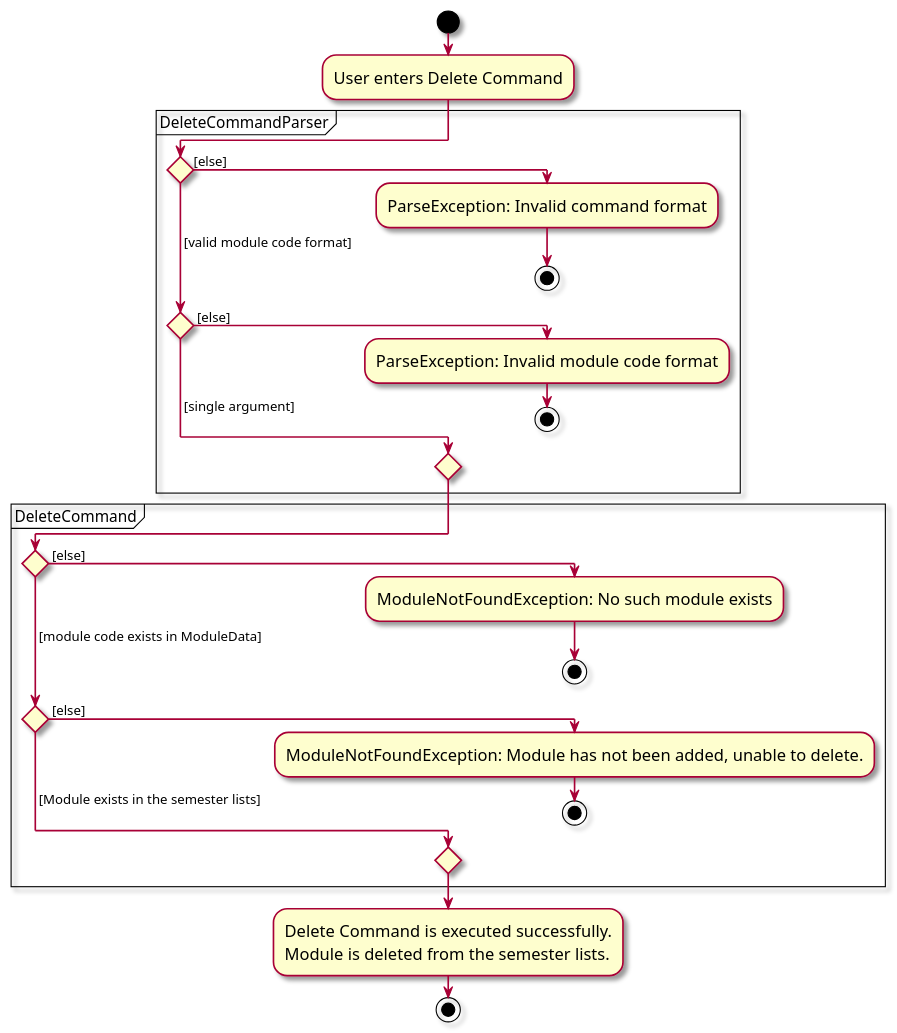
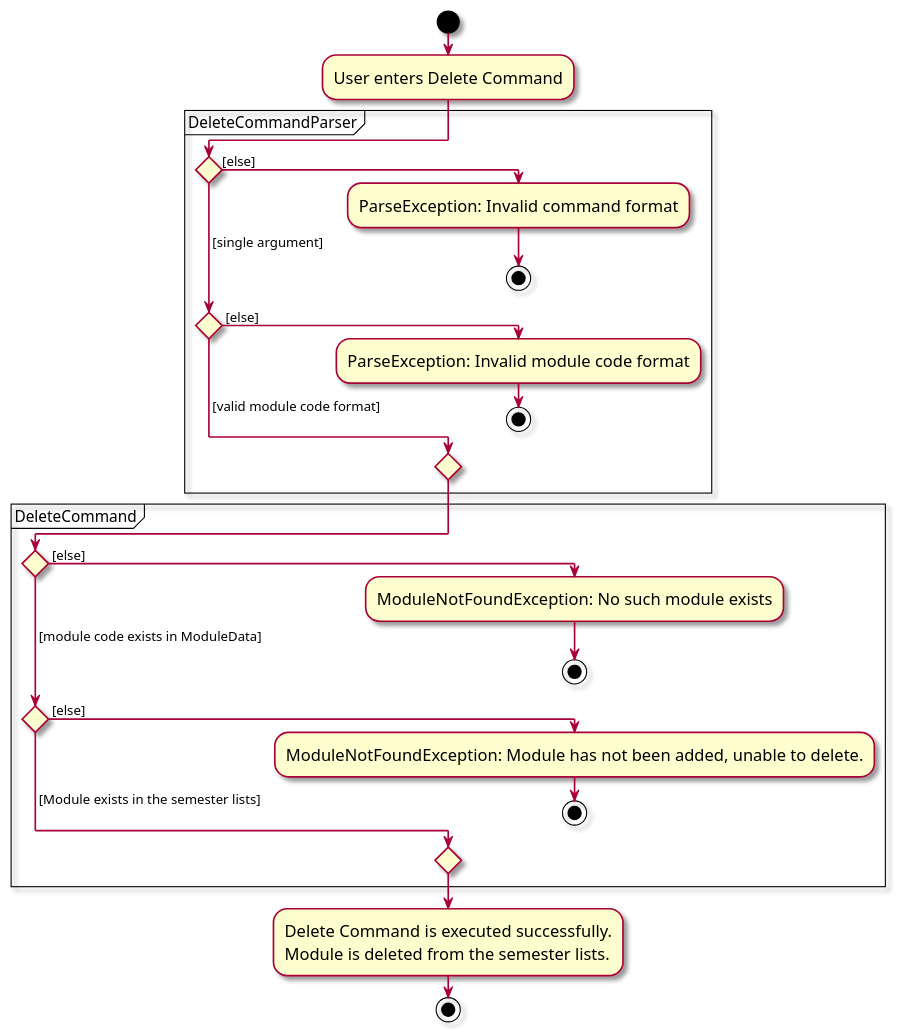
Before and after one commit to yyyaohhh/tp: the diagram in docs/diagrams/DeleteCommandActivityDiagram.puml, drawn with PlantUML.

Commit message:
Minor fix

```diff
--- a/docs/diagrams/DeleteCommandActivityDiagram.puml
+++ b/docs/diagrams/DeleteCommandActivityDiagram.puml
@@ -1,40 +1,40 @@
 @startuml
 skin rose
 skinparam ActivityFontSize 15
 skinparam ArrowFontSize 12
 !pragma useVerticalIf on
 start
 :User enters Delete Command;
 
 partition DeleteCommandParser {
 
 if () then ([else])
     :ParseException: Invalid command format;
     stop
-( [valid module code format]) elseif () then ( [else])
+( [single argument]) elseif () then ( [else])
     :ParseException: Invalid module code format;
     stop
-else ( [single argument])
+else ( [valid module code format])
 
 endif
 }
 
 partition DeleteCommand {
 
 if () then ( [else])
     :ModuleNotFoundException: No such module exists;
     stop
 ( [module code exists in ModuleData]) elseif () then ( [else])
     :ModuleNotFoundException: Module has not been added, unable to delete.;
     stop
 else ( [Module exists in the semester lists])
 
 endif
 }
 
 :Delete Command is executed successfully.
 Module is deleted from the semester lists.;
 
 stop
 
 @enduml
```
